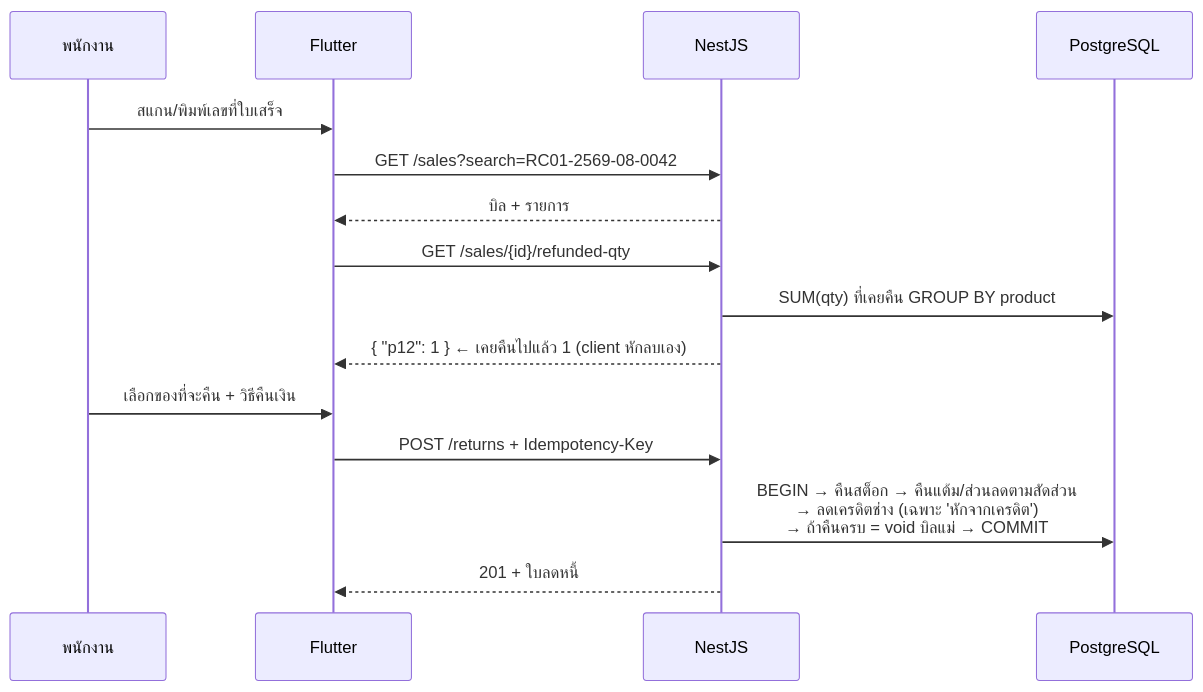
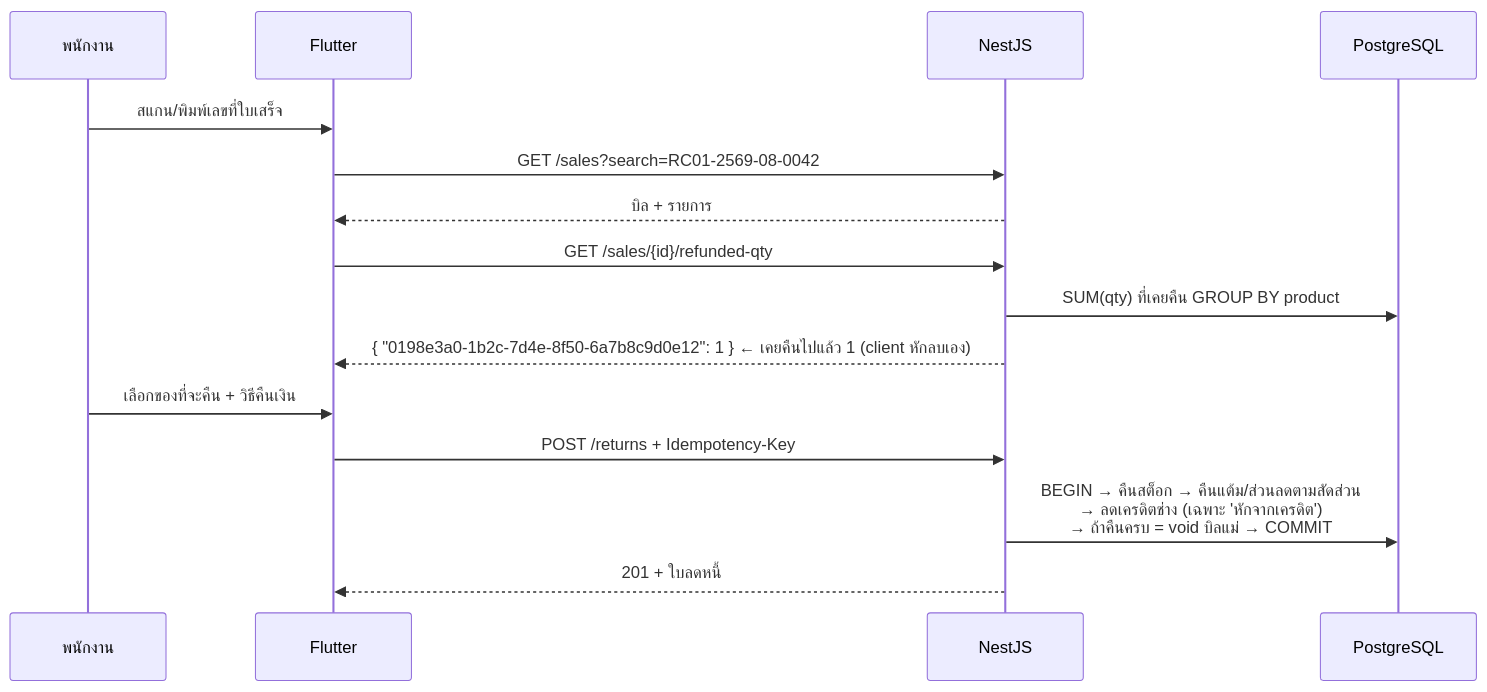
The second of 2 diagrams in docs/Backend_design/02_API_SCREENS.md (NuimanLP/srisurart-pos-flutter), drawn with Mermaid before and after one commit. The commit also changed other lines of this file and 6 other files, not shown here.

First line of the commit message:
docs: develop branch flow + 2026-10-06 #616 cutover state in root/arch docs

````diff
--- a/docs/Backend_design/02_API_SCREENS.md
+++ b/docs/Backend_design/02_API_SCREENS.md
@@ -340,17 +341,17 @@
 ```mermaid
 sequenceDiagram
     participant U as พนักงาน
     participant F as Flutter
     participant N as NestJS
     participant D as PostgreSQL
     U->>F: สแกน/พิมพ์เลขที่ใบเสร็จ
     F->>N: GET /sales?search=RC01-2569-08-0042
     N-->>F: บิล + รายการ
     F->>N: GET /sales/{id}/refunded-qty
     N->>D: SUM(qty) ที่เคยคืน GROUP BY product
-    N-->>F: { "p12": 1 }  ← เคยคืนไปแล้ว 1 (client หักลบเอง)
+    N-->>F: { "0198e3a0-1b2c-7d4e-8f50-6a7b8c9d0e12": 1 }  ← เคยคืนไปแล้ว 1 (client หักลบเอง)
     U->>F: เลือกของที่จะคืน + วิธีคืนเงิน
     F->>N: POST /returns + Idempotency-Key
     N->>D: BEGIN → คืนสต็อก → คืนแต้ม/ส่วนลดตามสัดส่วน<br/>→ ลดเครดิตช่าง (เฉพาะ 'หักจากเครดิต')<br/>→ ถ้าคืนครบ = void บิลแม่ → COMMIT
     N-->>F: 201 + ใบลดหนี้
 ```
````
